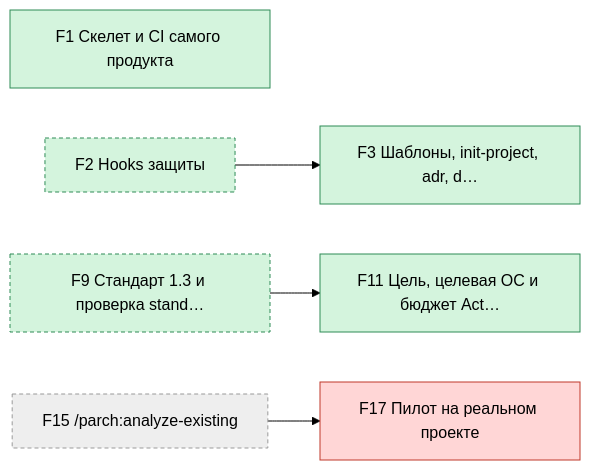
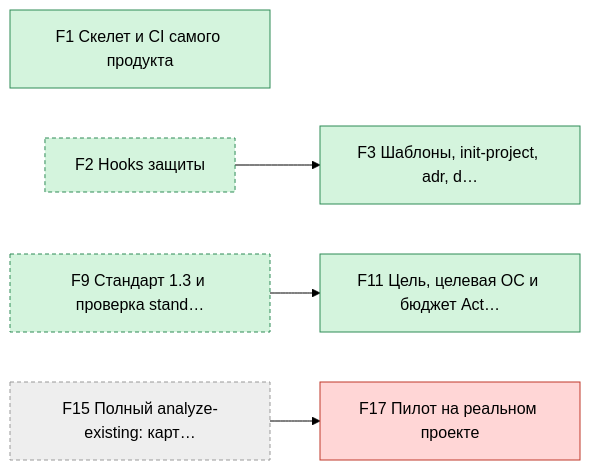
Before and after one commit to pete-doc/project-architect: the first of 6 diagrams in state/STATUS.md, drawn with Mermaid (forest theme). The commit also changed other lines of this file and 2 other files, not shown here.

````diff
--- a/state/STATUS.md
+++ b/state/STATUS.md
@@ -36,22 +36,22 @@
 ```mermaid
 graph LR
   F1["F1 Скелет и CI самого продукта"]
   F3["F3 Шаблоны, init-project, adr, d…"]
   F11["F11 Цель, целевая ОС и бюджет Act…"]
   F17["F17 Пилот на реальном проекте"]
   F2["F2 Hooks защиты"]
   F9["F9 Стандарт 1.3 и проверка stand…"]
-  F15["F15 /parch:analyze-existing"]
+  F15["F15 Полный analyze-existing: карт…"]
   F2 --> F3
   F9 --> F11
   F15 --> F17
   classDef done fill:#d4f4dd,stroke:#2e8b57
   classDef work fill:#fff3c4,stroke:#c79100
   classDef blocked fill:#ffd6d6,stroke:#c0392b
   classDef later fill:#eeeeee,stroke:#999999
   classDef outside stroke-dasharray: 4 3
   class F1,F3,F11,F2,F9 done
   class F17 blocked
   class F15 later
   class F2,F9,F15 outside
 ```
````
